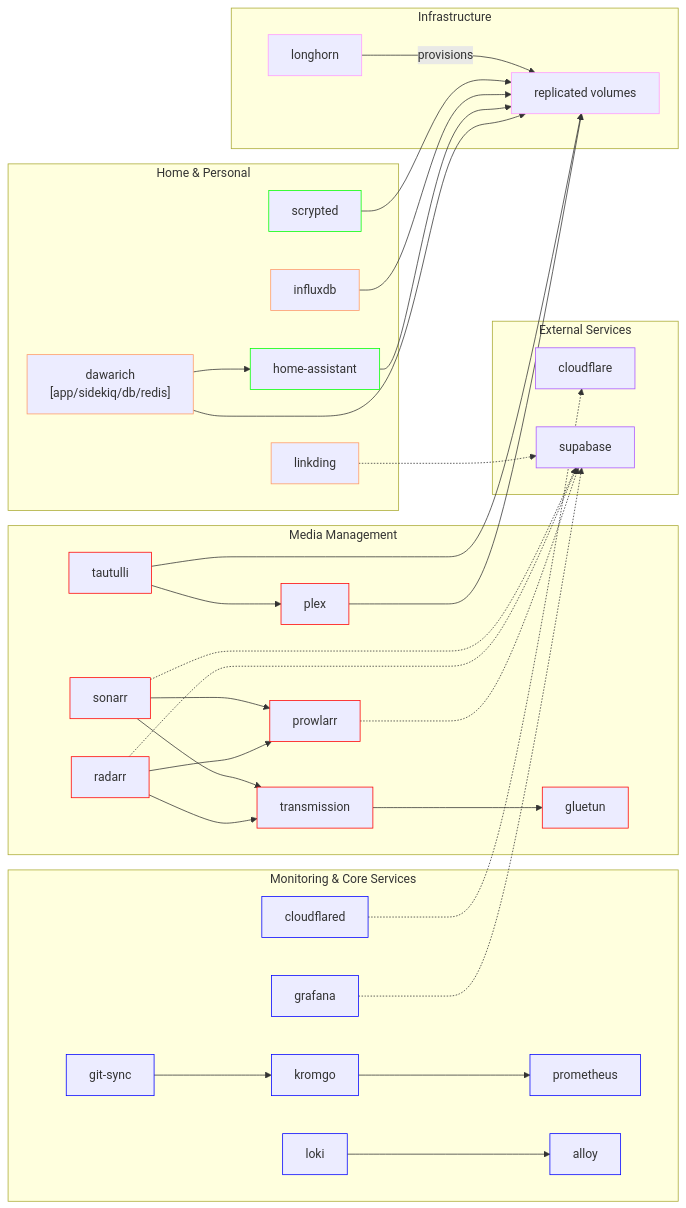
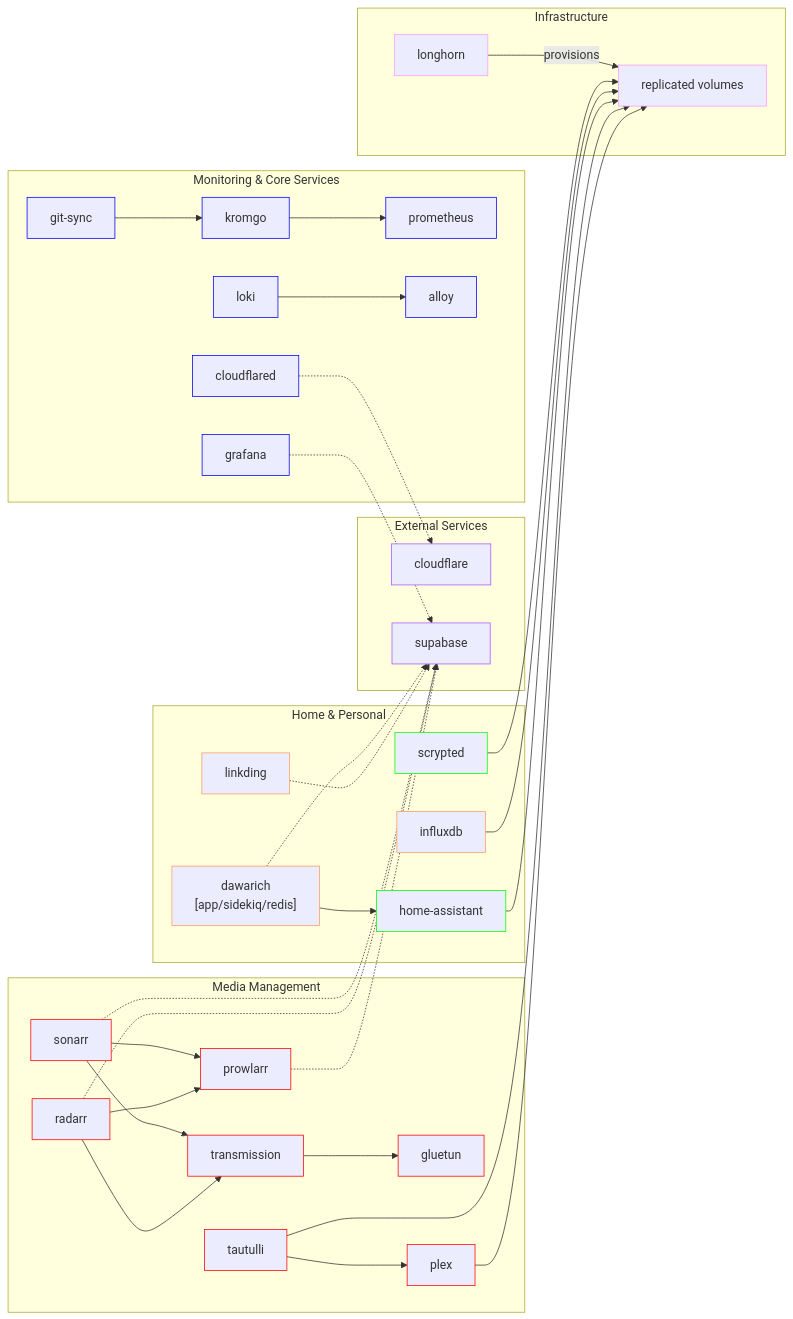
The first of 5 diagrams in README.md (jaredfiorali/infrastructure), drawn with Mermaid before and after one commit. The commit also changed other lines of this file and 1 other file, not shown here.

Commit message:
Remove references to dawarich DB since it's been migrated to supabase

````diff
--- a/README.md
+++ b/README.md
@@ -109,82 +109,82 @@
 ```mermaid
 graph LR
     subgraph "External Services"
         X[cloudflare]:::purple
         Y[supabase]:::purple
     end
 
     subgraph "Monitoring & Core Services"
         L[grafana]:::blue
         Z[git-sync]:::blue
         N[kromgo]:::blue
         I[prometheus]:::blue
         O[loki]:::blue
         K[alloy]:::blue
         W[cloudflared]:::blue
     end
 
     subgraph "Media Management"
         C[radarr]:::red
         D[sonarr]:::red
         B[prowlarr]:::red
         F[transmission]:::red
         G[gluetun]:::red
         A[plex]:::red
         E[tautulli]:::red
     end
 
     subgraph "Home & Personal"
-        T[dawarich<br>#91;app/sidekiq/db/redis#93;]:::orange
+        T[dawarich<br>#91;app/sidekiq/redis#93;]:::orange
         S[home-assistant]:::green
         R[scrypted]:::green
         V[linkding]:::orange
         M[influxdb]:::orange
     end
 
     subgraph "Infrastructure"
         J[longhorn]:::pink
         H[replicated volumes]:::pink
     end
 
     %% External dependencies
     W -.-> X
     L -.-> Y
     B -.-> Y
     C -.-> Y
     D -.-> Y
     V -.-> Y
+    T -.-> Y
 
     %% Monitoring flow
     Z --> N
     N --> I
     O --> K
 
     %% Media management flow
     C --> B
     C --> F
     D --> B
     D --> F
     F --> G
     E --> A
 
     %% Dawarich dependencies
     T --> S
 
     %% Storage dependencies
     A --> H
     E --> H
-    T --> H
     S --> H
     M --> H
     R --> H
 
     %% Infrastructure provisioning
     J --> |provisions| H
 
 classDef red stroke:#f00
 classDef blue stroke:#00f
 classDef green stroke:#0f0
 classDef orange stroke:#f96
 classDef pink stroke:#f9f
 classDef purple stroke:#a5f
 ```
````
